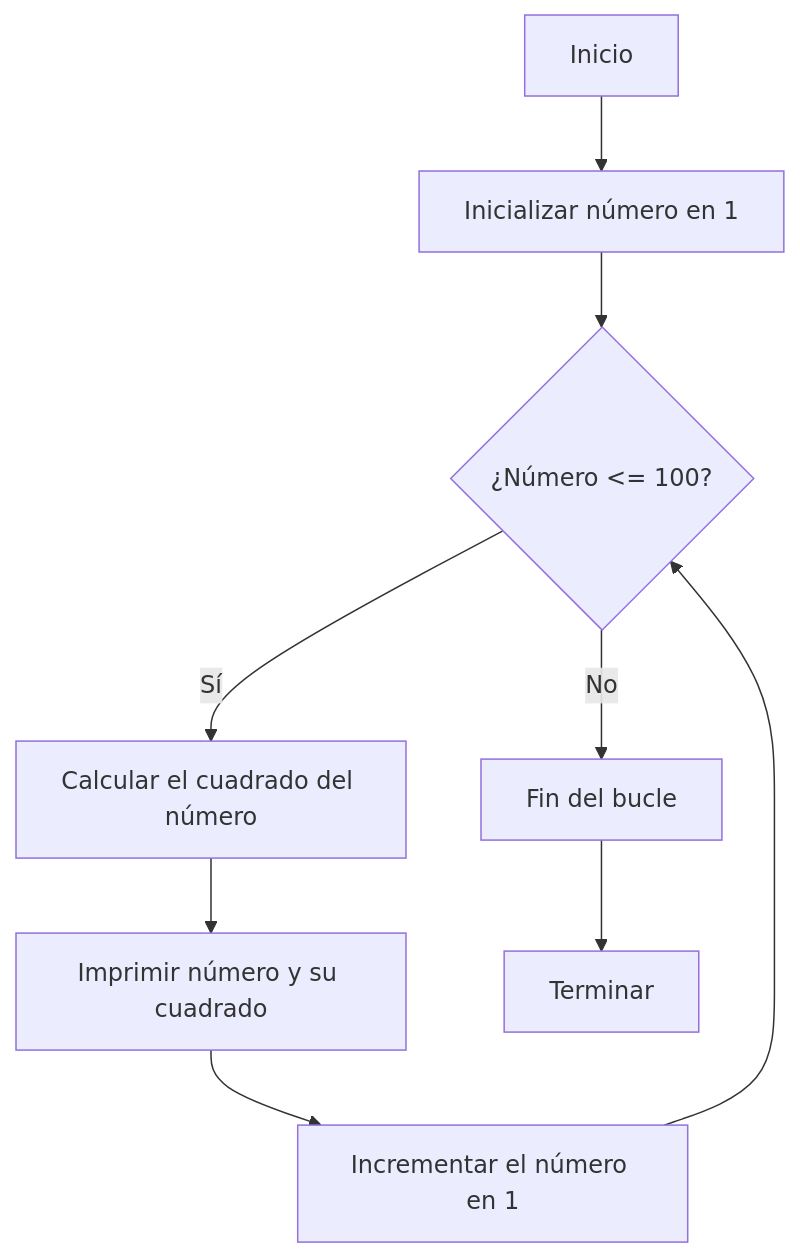
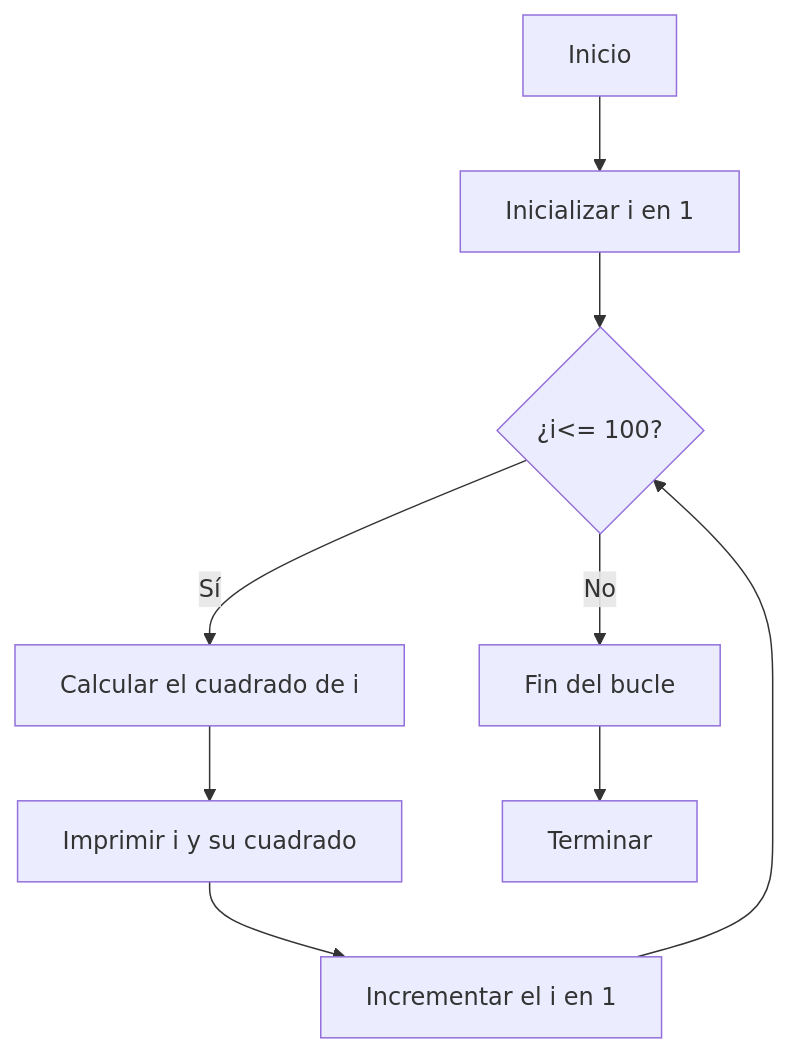
The diagram in README.md (jmarciales/Reto-N6), drawn with Mermaid before and after one commit.

````diff
--- a/README.md
+++ b/README.md
@@ -4,11 +4,11 @@
 ```mermaid
 graph TD
-    A[Inicio] --> B[Inicializar número en 1]
-    B --> C{¿Número <= 100?}
-    C -->|Sí| D[Calcular el cuadrado del número]
-    D --> E[Imprimir número y su cuadrado]
-    E --> F[Incrementar el número en 1]
+    A[Inicio] --> B[Inicializar i en 1]
+    B --> C{¿i<= 100?}
+    C -->|Sí| D[Calcular el cuadrado de i]
+    D --> E[Imprimir i y su cuadrado]
+    E --> F[Incrementar el i en 1]
     F --> C
     C -->|No| G[Fin del bucle]
     G --> H[Terminar]
 ```
````
